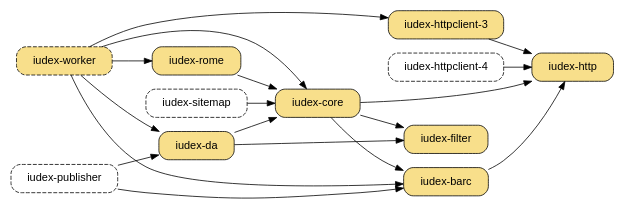
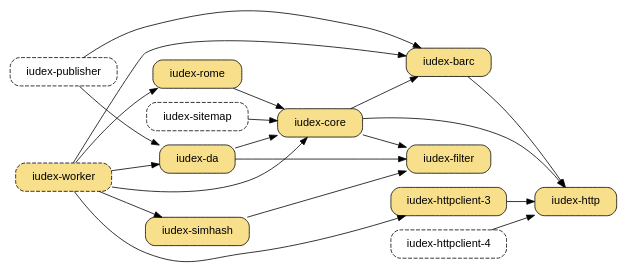
One commit to dekellum/iudex changed the diagram in www/_dot/iudex.dot. Above: the diagram before and after it, drawn with Graphviz.

Commit message:
www: Add preliminary simhash to dep diagram

```diff
--- a/www/_dot/iudex.dot
+++ b/www/_dot/iudex.dot
@@ -1,67 +1,76 @@
 digraph "iudex-gems" {
   rankdir=LR
   size="6.5,4";
   bgcolor="transparent";
   node [ shape=box, style="filled,rounded", fillcolor="#f8df8b",
          fontname="Arial",  margin="0.30,0.1" ];
 
 #  "iudex-filter" -> "gravitext-util"
 #  "iudex-da"     -> "gravitext-util"
   "iudex-da"     [ target=_parent, URL="../da.html" ];
   "iudex-da"     -> "iudex-filter"
   "iudex-da"     -> "iudex-core"
 
 #  "iudex-core"   -> "gravitext-util"
   "iudex-core"   -> "iudex-filter"
   "iudex-core"   -> "iudex-http"
   "iudex-core"     -> "iudex-barc"
 
+  "iudex-simhash";
+
+  "iudex-simhash" -> "iudex-filter";
+
+#  "iudex-simhash" -> "iudex-core";
+#  "iudex-core"    -> "iudex-simhash";
+
   "iudex-rome"   -> "iudex-core"
 
   "iudex-sitemap" [ style="rounded,dashed" ];
   "iudex-sitemap" [ target=_parent, URL="../sitemap.html" ];
   "iudex-sitemap" -> "iudex-core"
 
 #  "iudex-barc"   -> "gravitext-util"
   "iudex-barc"   -> "iudex-http"
   "iudex-barc"   [ target=_parent, URL="../barc.html" ];
 #  "iudex-http"   -> "gravitext-util"
+
 
   subgraph cluster_0 {
     style=invis;
     "iudex-http"
     "iudex-httpclient-3" -> "iudex-http"
 
     "iudex-httpclient-4" [ style="rounded,dashed" ];
     "iudex-httpclient-4" -> "iudex-http"
   }
 
   "iudex-worker" [ style="filled,rounded,dashed" ];
   "iudex-worker" -> "iudex-da"
   "iudex-worker" -> "iudex-rome"
   "iudex-worker" -> "iudex-core"
   "iudex-worker" -> "iudex-httpclient-3"
   "iudex-worker" -> "iudex-barc"
+  "iudex-worker" -> "iudex-simhash"
 
   "iudex-publisher" [ style="rounded,dashed" ];
   "iudex-publisher" -> "iudex-da"
   "iudex-publisher" -> "iudex-barc"
 
 #  "iudex-filter" -> "rjack-slf4j"
 #  "iudex-filter" -> "rjack-logback"
 #  "iudex-http"   -> "rjack-slf4j"
 #  "iudex-barc"   -> "rjack-slf4j"
 #  "iudex-core"   -> "rjack-slf4j"
 #  "iudex-core"   -> "rjack-logback"
 #  "iudex-da"     -> "rjack-slf4j"
 
 #  "rjack-httpclient" -> "rjack-commons-codec";
 #  "rjack-httpclient" -> "rjack-logback" [ style=dashed, label="dev" ];
 #  "rjack-httpclient" -> "rjack-slf4j";
 
 #  "rjack-slf4j"   [ group=log ];
 #  "rjack-logback" [ group=log ];
 #  "rjack-logback" -> "rjack-slf4j";
 #  "rjack-commons-codec"   [ group=commons ];
 
 }
```
